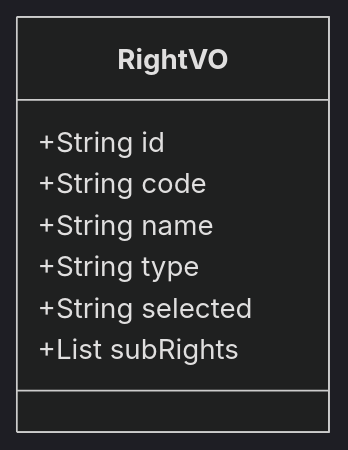
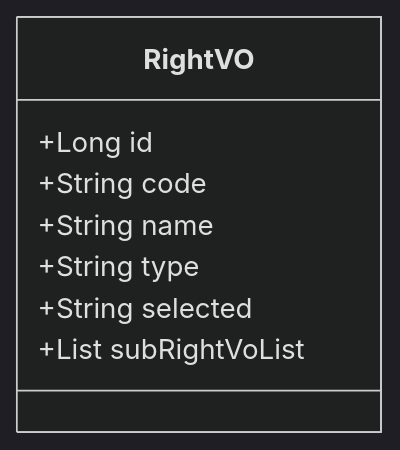
Before and after one commit to yangld/learn: the diagram in 待办事项/权限管理类图.md, drawn with Mermaid (dark theme). The commit also changed other lines of this file and 5 other files, not shown here.

````diff
--- a/待办事项/权限管理类图.md
+++ b/待办事项/权限管理类图.md
@@ -4,11 +4,11 @@
 ```mermaid
 classDiagram
 	class RightVO{
-	    +String id
+	    +Long id
 		+String code
 		+String name
 		+String type
 		+String selected
-		+List<RightVO> subRights
+		+List<RightVO> subRightVoList
 	}
 ```
````
